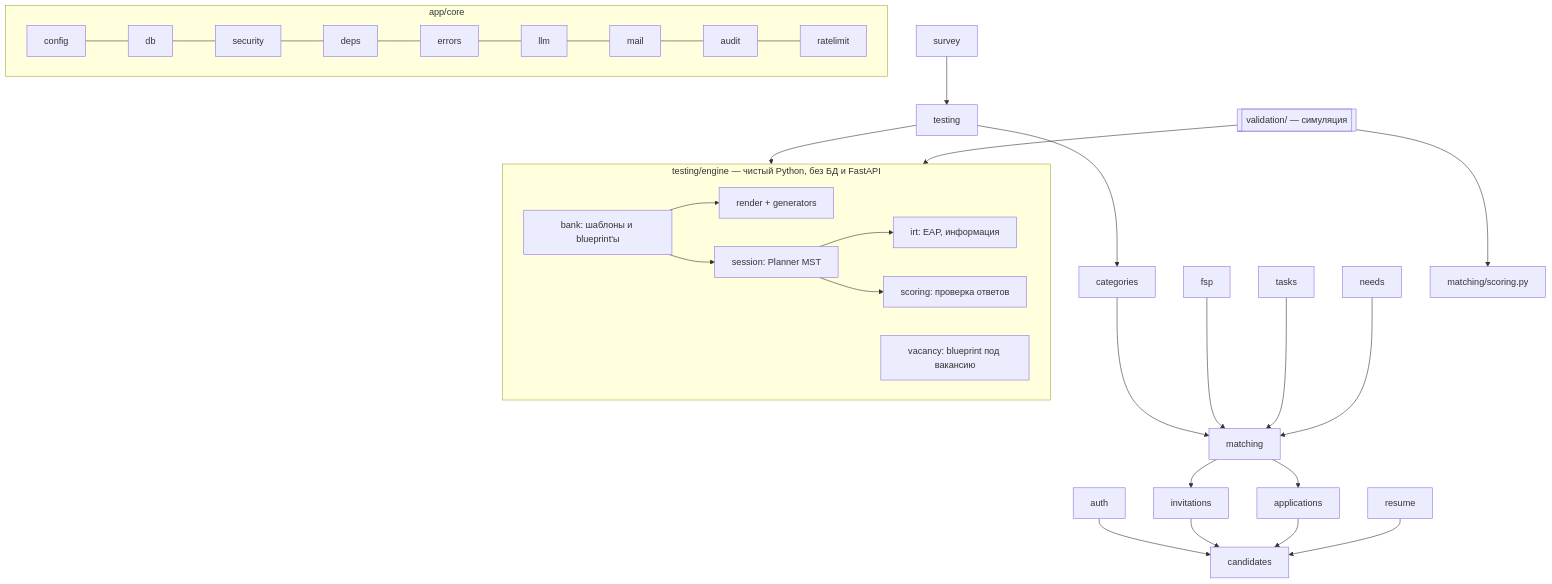
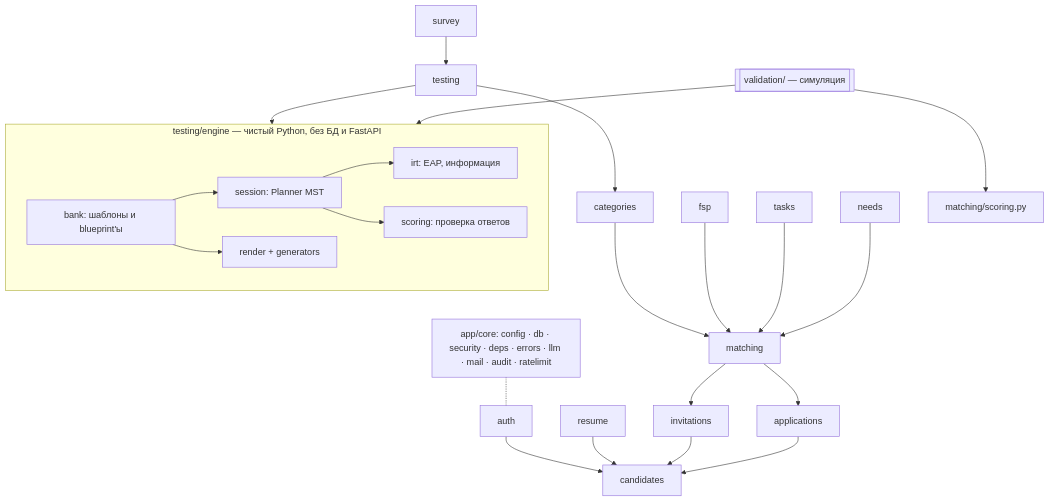
The fourth of 6 diagrams in docs/architecture.md (bojlahg/FSP_ITVacancyAggregator), drawn with Mermaid before and after one commit. The commit also changed other lines of this file and 6 other files, not shown here.

First line of the commit message:
docs: PDF build — Markdown and Mermaid rendered in Chromium with brand fonts, make docs-pdf; readable architecture diagrams

````diff
--- a/docs/architecture.md
+++ b/docs/architecture.md
@@ -130,28 +115,22 @@
 ```mermaid
 flowchart TB
-  subgraph core["app/core"]
-    cfg[config] --- dbm[db] --- sec[security] --- deps[deps] --- err[errors] --- llmm[llm] --- mailm[mail] --- audit[audit] --- rl[ratelimit]
-  end
+  core["app/core: config · db · security · deps · errors · llm · mail · audit · ratelimit"]
   subgraph engine["testing/engine — чистый Python, без БД и FastAPI"]
-    bank[bank: шаблоны и blueprint'ы] --> render[render + generators]
-    bank --> session[session: Planner MST]
+    bank[bank: шаблоны и blueprint'ы] --> session[session: Planner MST]
     session --> irt[irt: EAP, информация]
-    session --> scoring[scoring: проверка ответов]
-    vacancy[vacancy: blueprint под вакансию]
+    session --> escoring[scoring: проверка ответов]
+    bank --> render[render + generators]
   end
   auth --> candidates
-  survey --> testing
-  testing --> engine
-  testing --> categories
-  categories --> matching
+  survey --> testing --> engine
+  testing --> categories --> matching
   fsp --> matching
   tasks --> matching
   needs --> matching
-  matching --> invitations
-  matching --> applications
-  invitations --> candidates
-  applications --> candidates
   resume --> candidates
+  matching --> invitations --> candidates
+  matching --> applications --> candidates
   validation[["validation/ — симуляция"]] --> engine
   validation --> mscoring[matching/scoring.py]
+  core -.- auth
 ```
````
